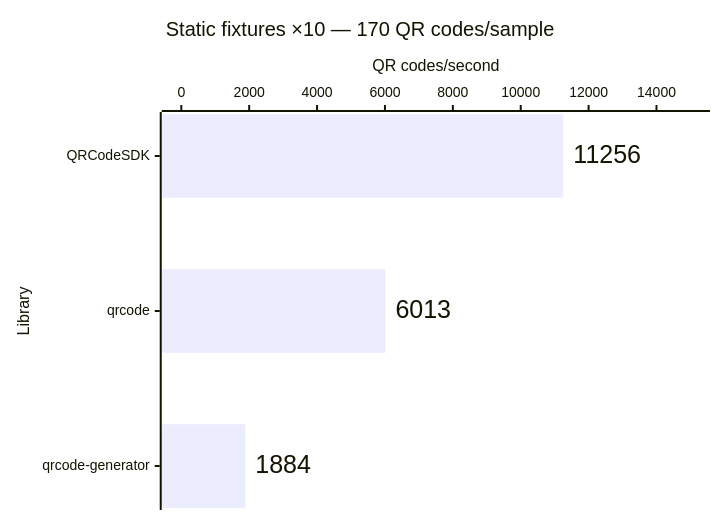
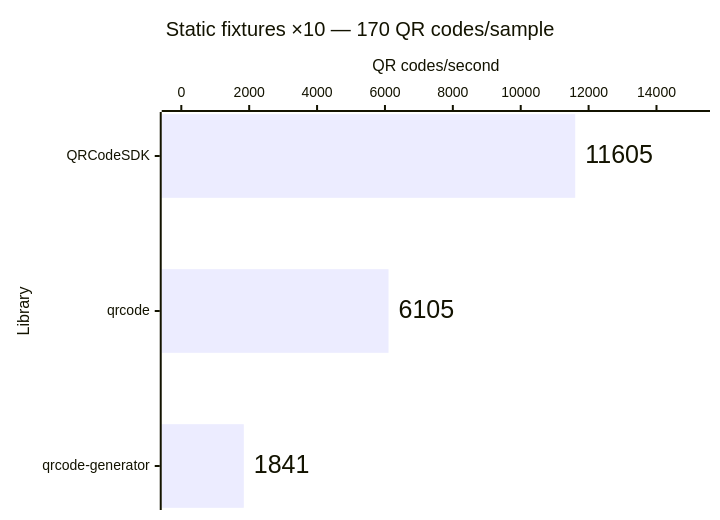
One commit to Dafnik/qrcodesdk changed the second of 14 diagrams in apps/docs/src/content/docs/learn/performance.md. Above: the diagram before and after it, drawn with Mermaid. The commit also changed other lines of this file and 381 other files, not shown here.

````diff
--- a/apps/docs/src/content/docs/learn/performance.md
+++ b/apps/docs/src/content/docs/learn/performance.md
@@ -45,15 +45,15 @@
 ```mermaid
 ---
 config:
   xyChart:
     showDataLabel: true
     showDataLabelOutsideBar: true
 ---
 xychart horizontal
   accTitle: Matrix generation: Static fixtures ×10 — 170 QR codes/sample
-  accDescr: Throughput calculated from median time. QRCodeSDK 11,256 QR codes per second, qrcode 6,013 QR codes per second, qrcode-generator 1,884 QR codes per second. Higher is better.
+  accDescr: Throughput calculated from median time. QRCodeSDK 11,605 QR codes per second, qrcode 6,105 QR codes per second, qrcode-generator 1,841 QR codes per second. Higher is better.
   title "Static fixtures ×10 — 170 QR codes/sample"
   x-axis "Library" ["QRCodeSDK", "qrcode", "qrcode-generator"]
   y-axis "QR codes/second" 0 --> 15000
-  bar [11256, 6013, 1884]
+  bar [11605, 6105, 1841]
 ```
````
